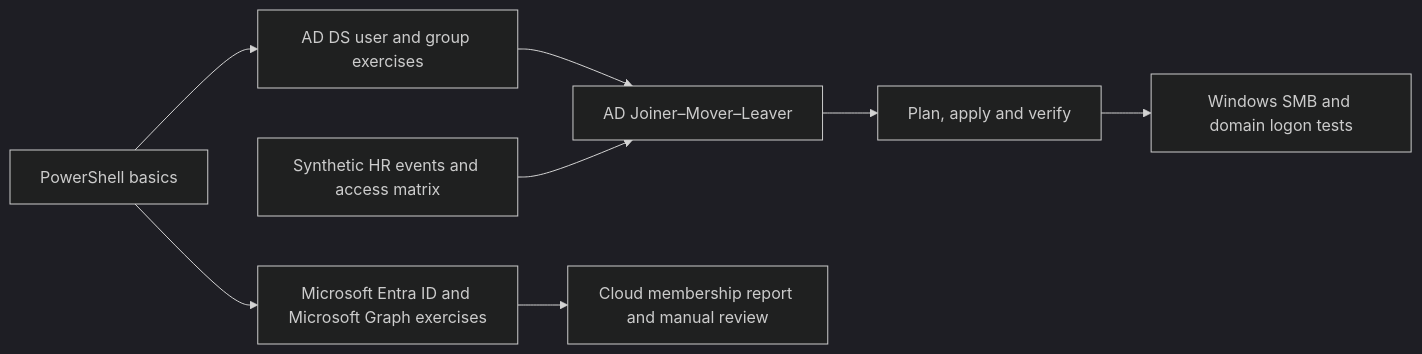
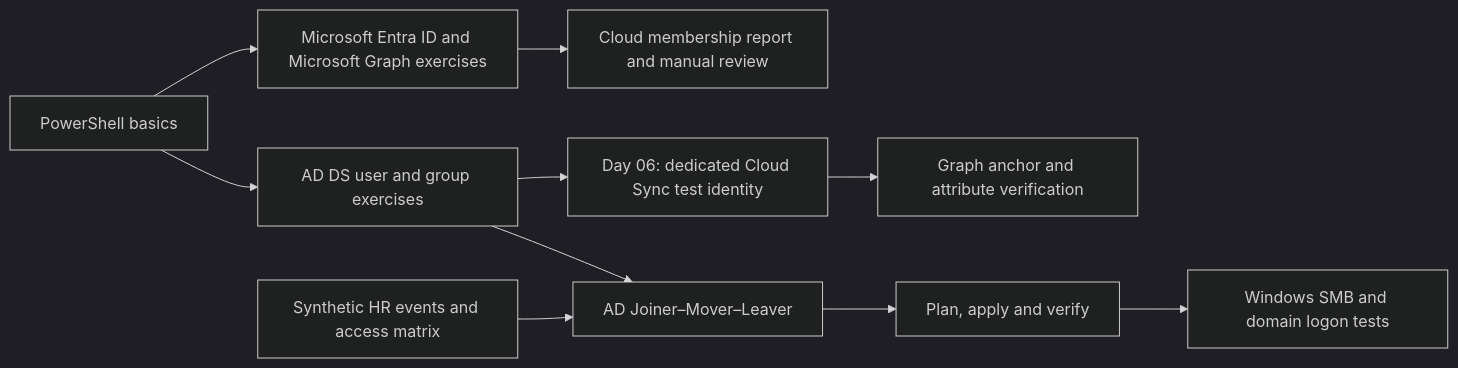
The diagram in README.md (krzysztof-szot/iam-powershell-automation-project), drawn with Mermaid (dark theme) before and after one commit. The commit also changed other lines of this file and 7 other files, not shown here.

Commit message:
Document Day 06 scoped Cloud Sync and verified attribute propagation

````diff
--- a/README.md
+++ b/README.md
@@ -27,10 +27,12 @@
 ```mermaid
 flowchart LR
     B["PowerShell basics"] --> AD["AD DS user and group exercises"]
     B --> E["Microsoft Entra ID and Microsoft Graph exercises"]
     AD --> JML["AD Joiner–Mover–Leaver"]
     HR["Synthetic HR events and access matrix"] --> JML
     JML --> V["Plan, apply and verify"]
     V --> S["Windows SMB and domain logon tests"]
     E --> R["Cloud membership report and manual review"]
+    AD --> CS["Day 06: dedicated Cloud Sync test identity"]
+    CS --> GV["Graph anchor and attribute verification"]
 ```
````
